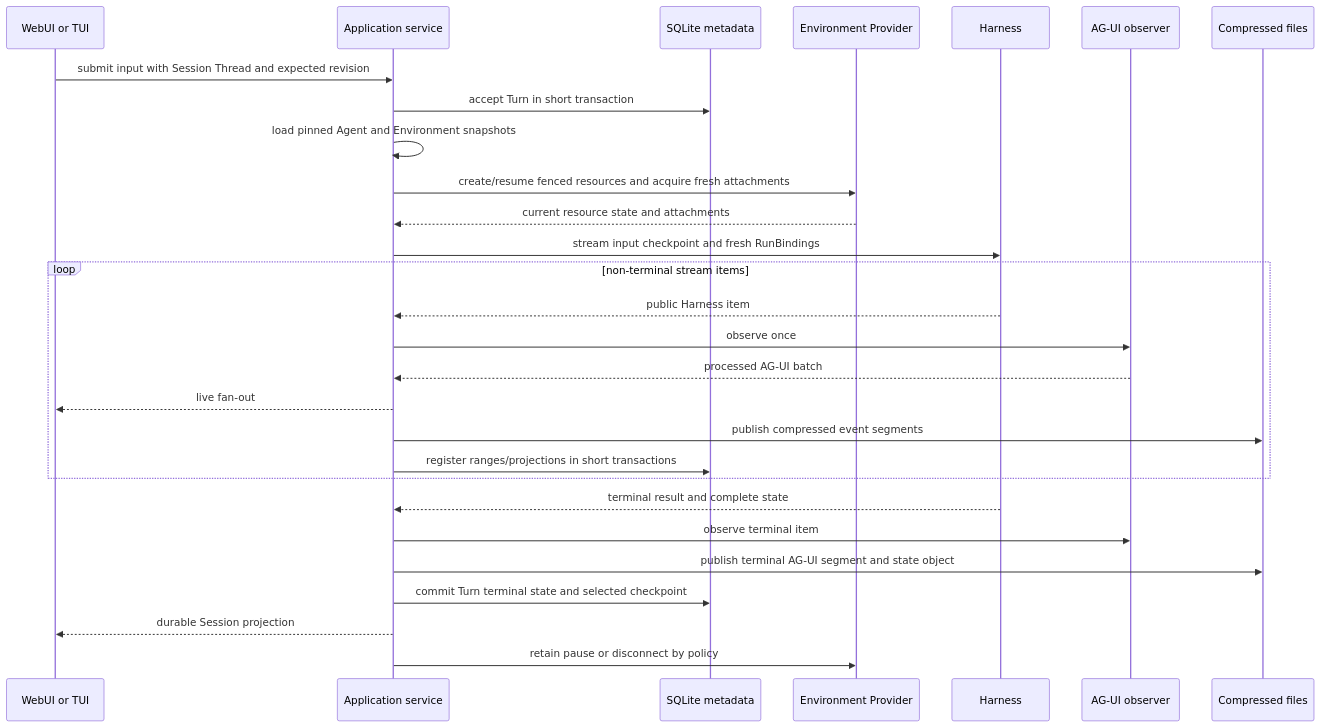
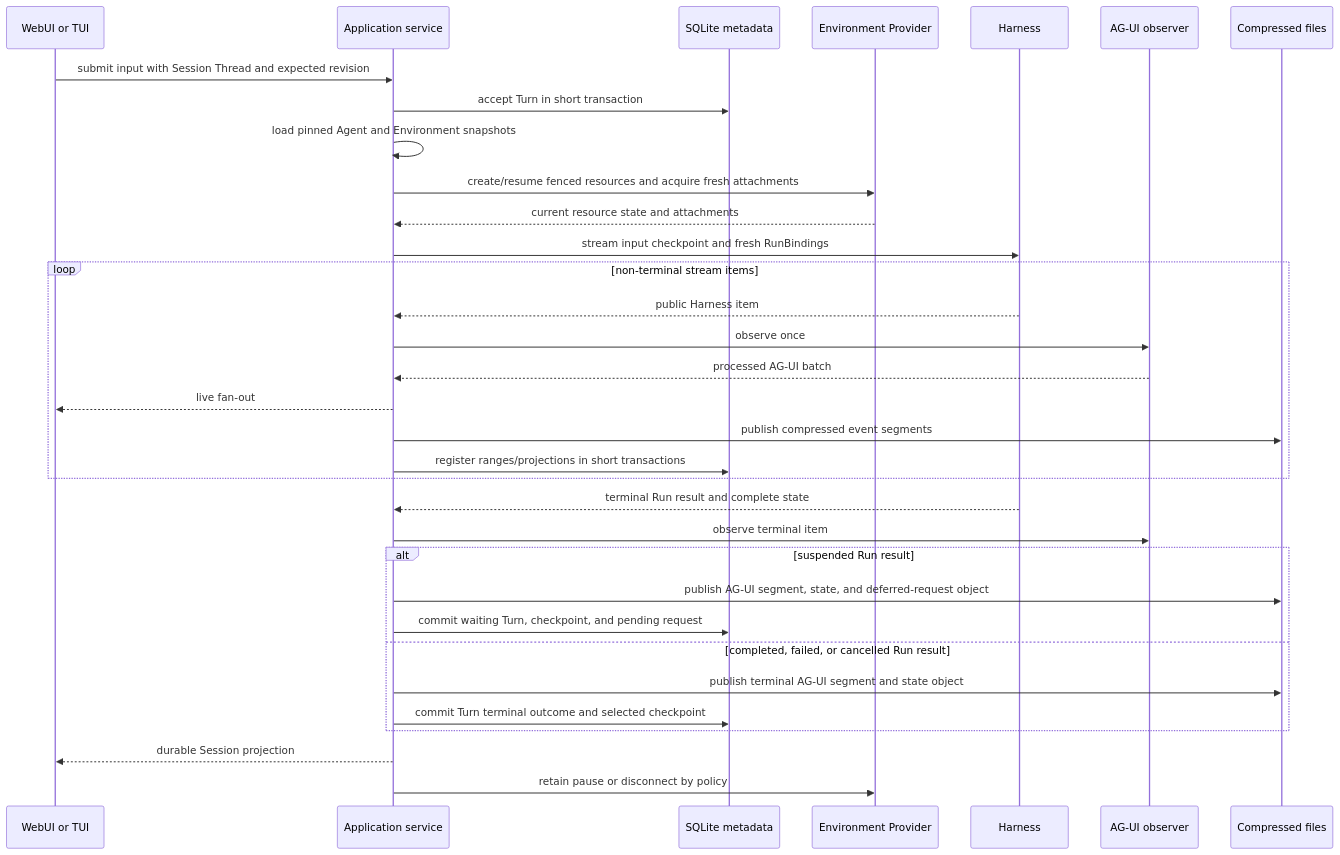
One commit to LTThreeComma/agent-foundation changed the third of 3 diagrams in spec/agent-ui/00-overview.md. Above: the diagram before and after it, drawn with Mermaid. The commit also changed other lines of this file and 21 other files, not shown here.

````diff
--- a/spec/agent-ui/00-overview.md
+++ b/spec/agent-ui/00-overview.md
@@ -156,31 +156,36 @@
 ```mermaid
 sequenceDiagram
     participant Surface as WebUI or TUI
     participant App as Application service
     participant DB as SQLite metadata
     participant Provider as Environment Provider
     participant Harness
     participant AGUI as AG-UI observer
     participant Files as Compressed files
 
     Surface->>App: submit input with Session Thread and expected revision
     App->>DB: accept Turn in short transaction
     App->>App: load pinned Agent and Environment snapshots
     App->>Provider: create/resume fenced resources and acquire fresh attachments
     Provider-->>App: current resource state and attachments
     App->>Harness: stream input checkpoint and fresh RunBindings
     loop non-terminal stream items
         Harness-->>App: public Harness item
         App->>AGUI: observe once
         AGUI-->>App: processed AG-UI batch
         App-->>Surface: live fan-out
         App->>Files: publish compressed event segments
         App->>DB: register ranges/projections in short transactions
     end
-    Harness-->>App: terminal result and complete state
+    Harness-->>App: terminal Run result and complete state
     App->>AGUI: observe terminal item
-    App->>Files: publish terminal AG-UI segment and state object
-    App->>DB: commit Turn terminal state and selected checkpoint
+    alt suspended Run result
+        App->>Files: publish AG-UI segment, state, and deferred-request object
+        App->>DB: commit waiting Turn, checkpoint, and pending request
+    else completed, failed, or cancelled Run result
+        App->>Files: publish terminal AG-UI segment and state object
+        App->>DB: commit Turn terminal outcome and selected checkpoint
+    end
     App-->>Surface: durable Session projection
     App->>Provider: retain pause or disconnect by policy
 ```
````
